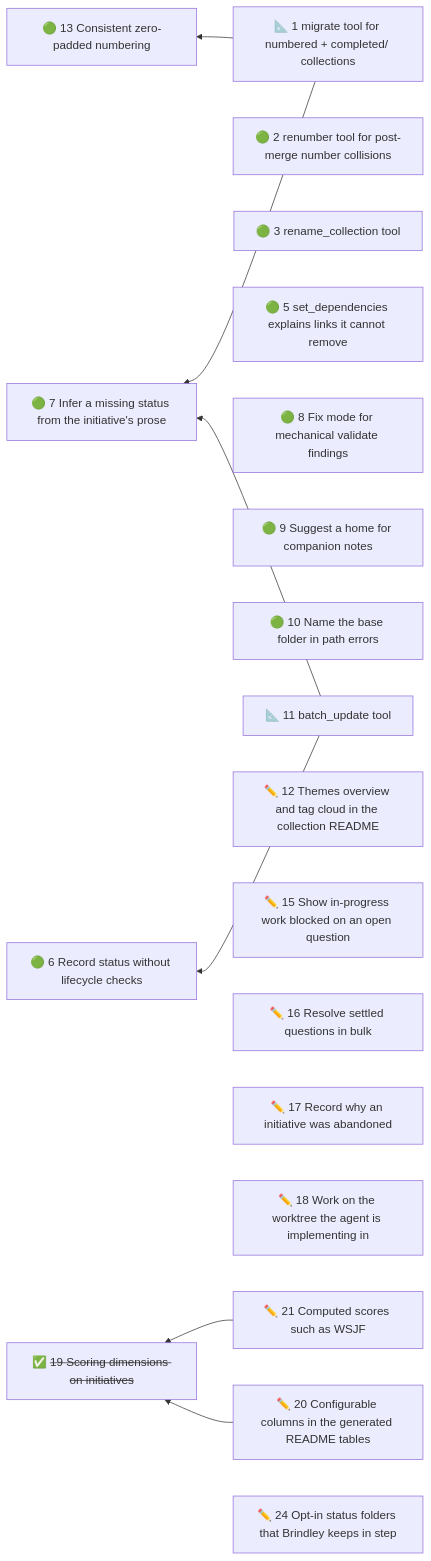
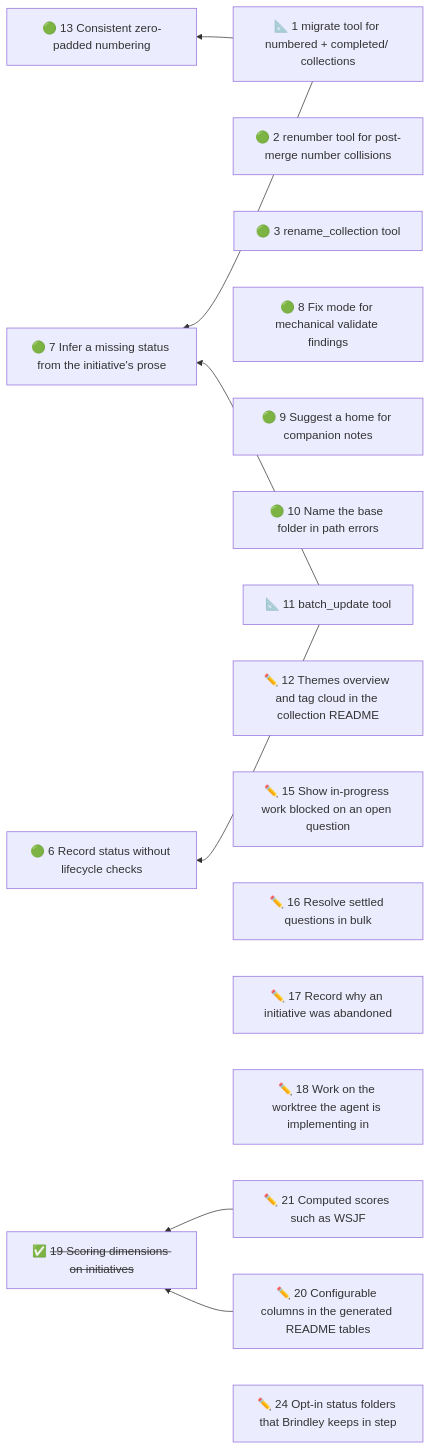
Before and after one commit to duckAsteroid/brindley: the diagram in initiatives/README.md, drawn with Mermaid. The commit also changed other lines of this file and 7 other files, not shown here.

First line of the commit message:
fix: set_dependencies says where a paragraph link is instead of "not linked"

````diff
--- a/initiatives/README.md
+++ b/initiatives/README.md
@@ -46,29 +45,28 @@
 ```mermaid
 flowchart RL
   n1["📐 1 migrate tool for numbered + completed/ collections"]
   n2["🟢 2 renumber tool for post-merge number collisions"]
   n3["🟢 3 rename_collection tool"]
-  n5["🟢 5 set_dependencies explains links it cannot remove"]
   n6["🟢 6 Record status without lifecycle checks"]
   n7["🟢 7 Infer a missing status from the initiative's prose"]
   n8["🟢 8 Fix mode for mechanical validate findings"]
   n9["🟢 9 Suggest a home for companion notes"]
   n10["🟢 10 Name the base folder in path errors"]
   n11["📐 11 batch_update tool"]
   n12["✏️ 12 Themes overview and tag cloud in the collection README"]
   n13["🟢 13 Consistent zero-padded numbering"]
   n15["✏️ 15 Show in-progress work blocked on an open question"]
   n16["✏️ 16 Resolve settled questions in bulk"]
   n17["✏️ 17 Record why an initiative was abandoned"]
   n18["✏️ 18 Work on the worktree the agent is implementing in"]
   n20["✏️ 20 Configurable columns in the generated README tables"]
   n21["✏️ 21 Computed scores such as WSJF"]
   n24["✏️ 24 Opt-in status folders that Brindley keeps in step"]
   n19["✅ <s>19 Scoring dimensions on initiatives</s>"]
   n1 --> n7
   n1 --> n13
   n11 --> n6
   n11 --> n7
   n20 --> n19
   n21 --> n19
 ```
````
